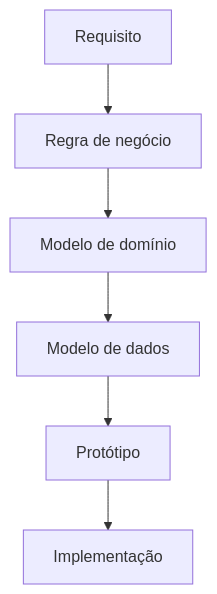
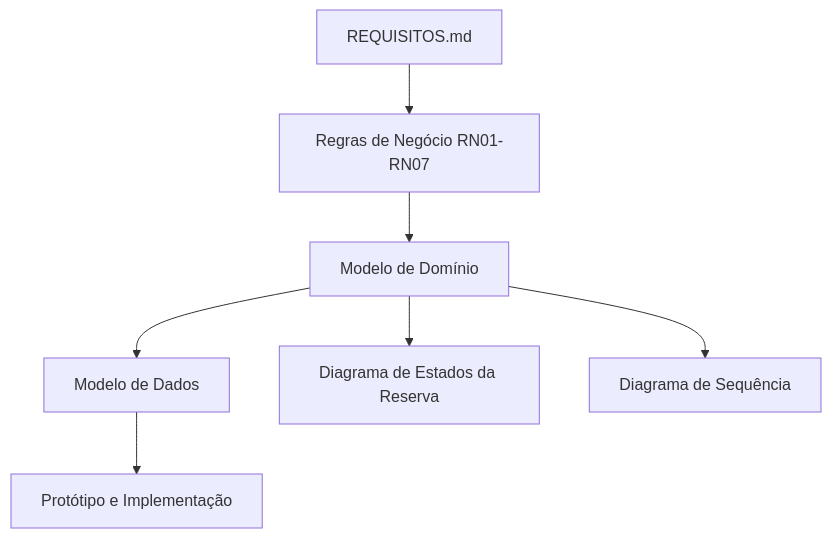
One commit to dudanegreiro/EventFy changed the third of 3 diagrams in docs/diagrams/modelo-dominio.md. Above: the diagram before and after it, drawn with Mermaid. The commit also changed other lines of this file and 10 other files, not shown here.

````diff
--- a/docs/diagrams/modelo-dominio.md
+++ b/docs/diagrams/modelo-dominio.md
@@ -437,8 +490,9 @@
 ```mermaid
 flowchart TD
-    A[Requisito] --> B[Regra de negócio]
-    B --> C[Modelo de domínio]
-    C --> D[Modelo de dados]
-    D --> E[Protótipo]
-    E --> F[Implementação]
+    A[REQUISITOS.md] --> B[Regras de Negócio RN01-RN07]
+    B --> C[Modelo de Domínio]
+    C --> D[Modelo de Dados]
+    C --> E[Diagrama de Estados da Reserva]
+    C --> F[Diagrama de Sequência]
+    D --> G[Protótipo e Implementação]
 ```
````
